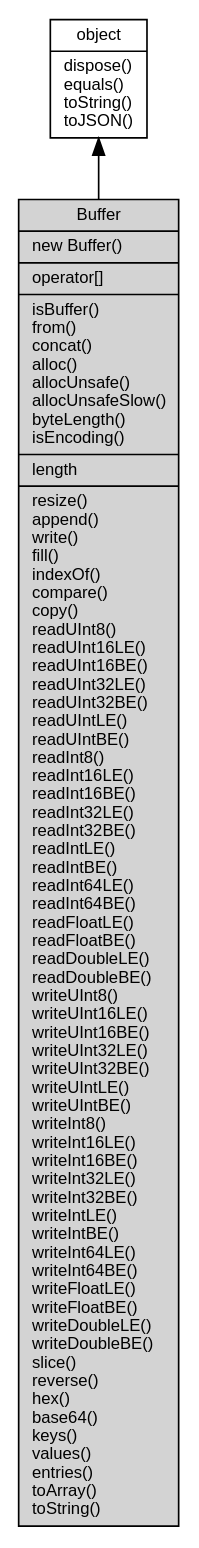
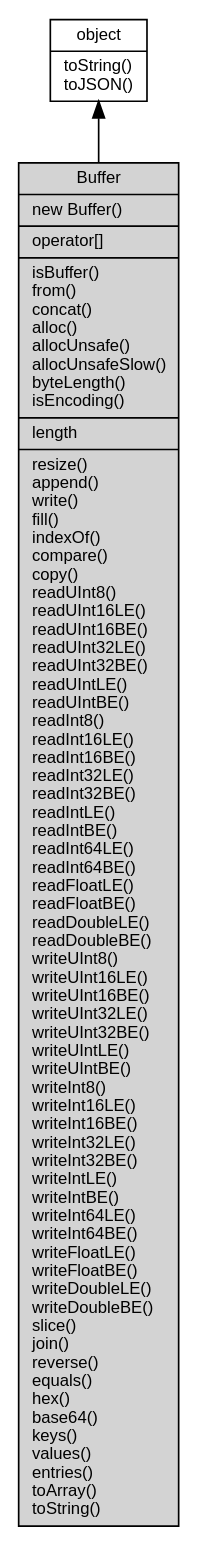
One commit to asionius/fibjs-ceph changed the diagram in docs/object/ifs/Buffer.md. Above: the diagram before and after it, drawn with Graphviz. The commit also changed other lines of this file and 138 other files, not shown here.

````diff
--- a/docs/object/ifs/Buffer.md
+++ b/docs/object/ifs/Buffer.md
@@ -11,10 +11,10 @@
 ```dot
 digraph {
     node [fontname="Helvetica,sans-Serif", fontsize=10, shape="record", style="filled", fillcolor="white"];
 
-    object [tooltip="object", URL="object.md", label="{object|dispose()\lequals()\ltoString()\ltoJSON()\l}"];
-    Buffer [tooltip="Buffer", fillcolor="lightgray", label="{Buffer|new Buffer()\l|operator[]\l|isBuffer()\lfrom()\lconcat()\lalloc()\lallocUnsafe()\lallocUnsafeSlow()\lbyteLength()\lisEncoding()\l|length\l|resize()\lappend()\lwrite()\lfill()\lindexOf()\lcompare()\lcopy()\lreadUInt8()\lreadUInt16LE()\lreadUInt16BE()\lreadUInt32LE()\lreadUInt32BE()\lreadUIntLE()\lreadUIntBE()\lreadInt8()\lreadInt16LE()\lreadInt16BE()\lreadInt32LE()\lreadInt32BE()\lreadIntLE()\lreadIntBE()\lreadInt64LE()\lreadInt64BE()\lreadFloatLE()\lreadFloatBE()\lreadDoubleLE()\lreadDoubleBE()\lwriteUInt8()\lwriteUInt16LE()\lwriteUInt16BE()\lwriteUInt32LE()\lwriteUInt32BE()\lwriteUIntLE()\lwriteUIntBE()\lwriteInt8()\lwriteInt16LE()\lwriteInt16BE()\lwriteInt32LE()\lwriteInt32BE()\lwriteIntLE()\lwriteIntBE()\lwriteInt64LE()\lwriteInt64BE()\lwriteFloatLE()\lwriteFloatBE()\lwriteDoubleLE()\lwriteDoubleBE()\lslice()\lreverse()\lhex()\lbase64()\lkeys()\lvalues()\lentries()\ltoArray()\ltoString()\l}"];
+    object [tooltip="object", URL="object.md", label="{object|toString()\ltoJSON()\l}"];
+    Buffer [tooltip="Buffer", fillcolor="lightgray", id="me", label="{Buffer|new Buffer()\l|operator[]\l|isBuffer()\lfrom()\lconcat()\lalloc()\lallocUnsafe()\lallocUnsafeSlow()\lbyteLength()\lisEncoding()\l|length\l|resize()\lappend()\lwrite()\lfill()\lindexOf()\lcompare()\lcopy()\lreadUInt8()\lreadUInt16LE()\lreadUInt16BE()\lreadUInt32LE()\lreadUInt32BE()\lreadUIntLE()\lreadUIntBE()\lreadInt8()\lreadInt16LE()\lreadInt16BE()\lreadInt32LE()\lreadInt32BE()\lreadIntLE()\lreadIntBE()\lreadInt64LE()\lreadInt64BE()\lreadFloatLE()\lreadFloatBE()\lreadDoubleLE()\lreadDoubleBE()\lwriteUInt8()\lwriteUInt16LE()\lwriteUInt16BE()\lwriteUInt32LE()\lwriteUInt32BE()\lwriteUIntLE()\lwriteUIntBE()\lwriteInt8()\lwriteInt16LE()\lwriteInt16BE()\lwriteInt32LE()\lwriteInt32BE()\lwriteIntLE()\lwriteIntBE()\lwriteInt64LE()\lwriteInt64BE()\lwriteFloatLE()\lwriteFloatBE()\lwriteDoubleLE()\lwriteDoubleBE()\lslice()\ljoin()\lreverse()\lequals()\lhex()\lbase64()\lkeys()\lvalues()\lentries()\ltoArray()\ltoString()\l}"];
 
     object -> Buffer [dir=back];
 }
 ```
````
